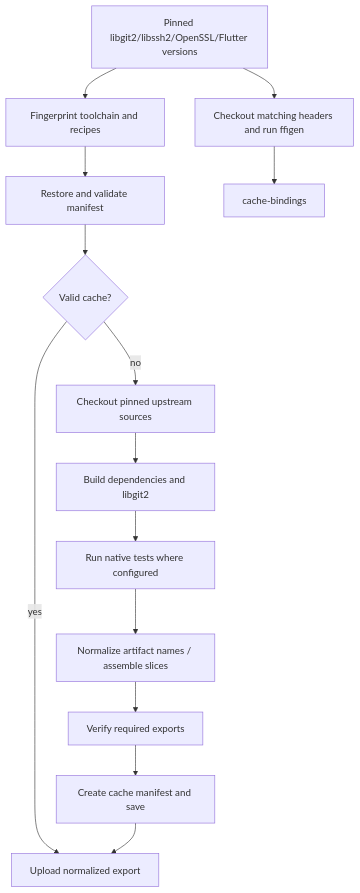
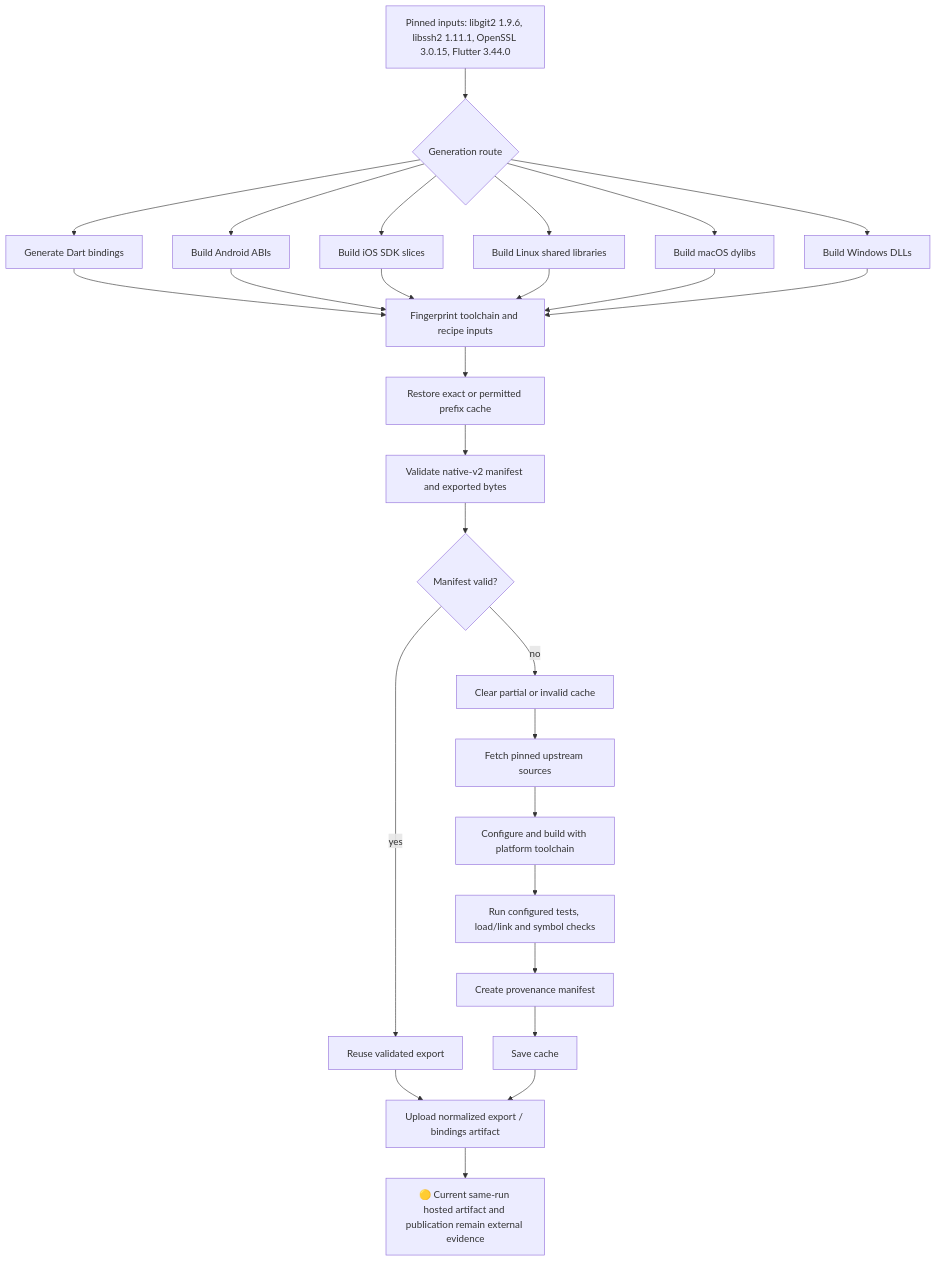
Before and after one commit to DartGit-dev/git2dart_binaries: the diagram in .reversa/_reversa_sdd/flowcharts/native-build-bindings-generation.md, drawn with Mermaid. The commit also changed other lines of this file and 250 other files, not shown here.

````diff
--- a/.reversa/_reversa_sdd/flowcharts/native-build-bindings-generation.md
+++ b/.reversa/_reversa_sdd/flowcharts/native-build-bindings-generation.md
@@ -3,16 +3,29 @@
 ```mermaid
 flowchart TD
-  Pins["Pinned libgit2/libssh2/OpenSSL/Flutter versions"] --> Fingerprint["Fingerprint toolchain and recipes"]
-  Fingerprint --> Cache["Restore and validate manifest"]
-  Cache --> Valid{"Valid cache?"}
-  Valid -- yes --> Upload["Upload normalized export"]
-  Valid -- no --> Source["Checkout pinned upstream sources"]
-  Source --> Build["Build dependencies and libgit2"]
-  Build --> Test["Run native tests where configured"]
-  Test --> Normalize["Normalize artifact names / assemble slices"]
-  Normalize --> Symbols["Verify required exports"]
-  Symbols --> Manifest["Create cache manifest and save"]
-  Manifest --> Upload
-  Pins --> Bindings["Checkout matching headers and run ffigen"]
-  Bindings --> BindingArtifact["cache-bindings"]
+  Pins["Pinned inputs: libgit2 1.9.6, libssh2 1.11.1, OpenSSL 3.0.15, Flutter 3.44.0"] --> Split{"Generation route"}
+  Split --> Bindings["Generate Dart bindings"]
+  Split --> Android["Build Android ABIs"]
+  Split --> IOS["Build iOS SDK slices"]
+  Split --> Linux["Build Linux shared libraries"]
+  Split --> MacOS["Build macOS dylibs"]
+  Split --> Windows["Build Windows DLLs"]
+  Bindings --> Common["Fingerprint toolchain and recipe inputs"]
+  Android --> Common
+  IOS --> Common
+  Linux --> Common
+  MacOS --> Common
+  Windows --> Common
+  Common --> Restore["Restore exact or permitted prefix cache"]
+  Restore --> Validate["Validate native-v2 manifest and exported bytes"]
+  Validate --> Valid{"Manifest valid?"}
+  Valid -- yes --> Reuse["Reuse validated export"]
+  Valid -- no --> Clear["Clear partial or invalid cache"]
+  Clear --> Source["Fetch pinned upstream sources"]
+  Source --> Build["Configure and build with platform toolchain"]
+  Build --> Qualify["Run configured tests, load/link and symbol checks"]
+  Qualify --> Manifest["Create provenance manifest"]
+  Manifest --> Save["Save cache"]
+  Reuse --> Artifact["Upload normalized export / bindings artifact"]
+  Save --> Artifact
+  Artifact --> HostedGap["🟡 Current same-run hosted artifact and publication remain external evidence"]
 ```
````
